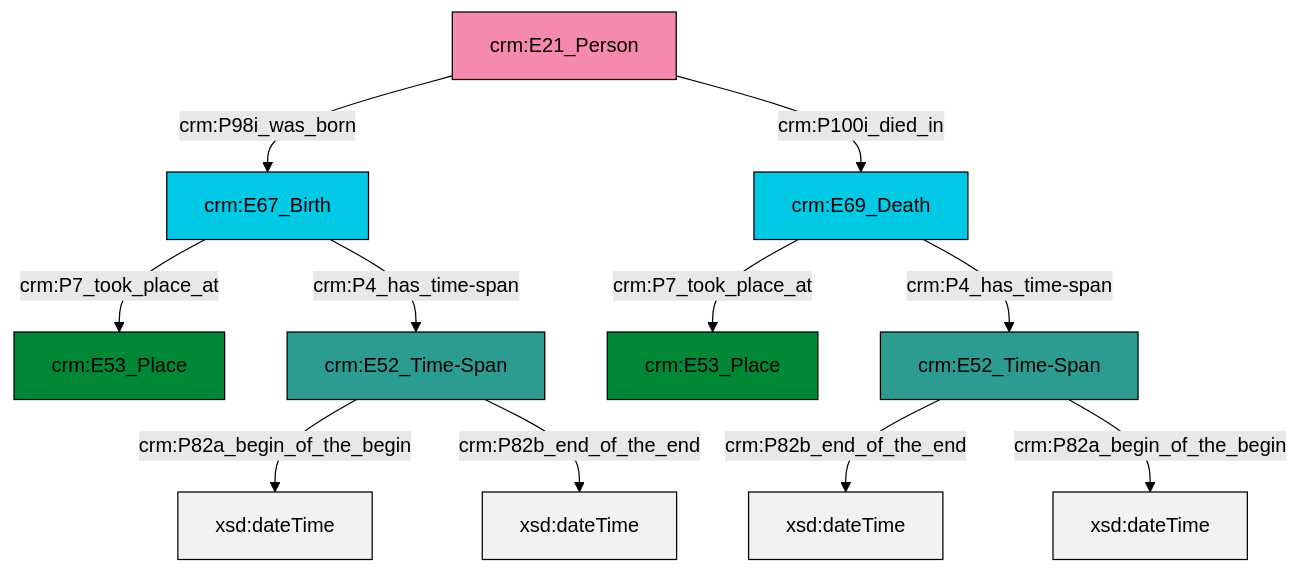
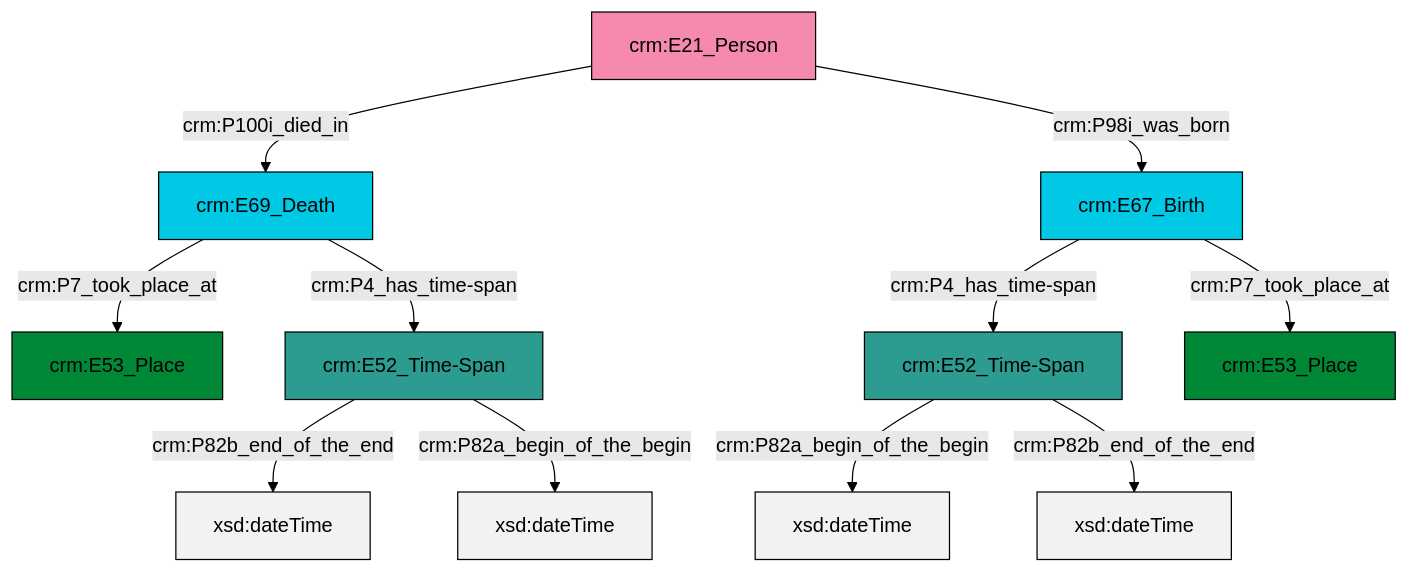
The diagram in et/personCSV/ttl/mmd/Person_Existence.ttl.mmd (swiss-art-research-net/reference-data-models), drawn with Mermaid (forest theme) before and after one commit. The commit also changed 124 other files, not shown here.

```diff
--- a/et/personCSV/ttl/mmd/Person_Existence.ttl.mmd
+++ b/et/personCSV/ttl/mmd/Person_Existence.ttl.mmd
@@ -1,25 +1,25 @@
 graph TD
 classDef Literal fill:#f2f2f2,stroke:#000000;
 classDef CRM_Entity fill:#FFFFFF,stroke:#000000;
 classDef Temporal_Entity fill:#00C9E6, stroke:#000000;
 classDef Type fill:#E18312, stroke:#000000;
 classDef Time-Span fill:#2C9C91, stroke:#000000;
 classDef Appellation fill:#FFEB7F, stroke:#000000;
 classDef Place fill:#008836, stroke:#000000;
 classDef Persistent_Item fill:#B266B2, stroke:#000000;
 classDef Conceptual_Object fill:#FFD700, stroke:#000000;
 classDef Physical_Thing fill:#D2B48C, stroke:#000000;
 classDef Actor fill:#f58aad, stroke:#000000;
 classDef PC_Classes fill:#4ce600, stroke:#000000;
 classDef Multi fill:#cccccc,stroke:#000000;
 
-0["crm:E69_Death"]:::Temporal_Entity -->|crm:P7_took_place_at| 1["crm:E53_Place"]:::Place
-2["crm:E21_Person"]:::Actor -->|crm:P98i_was_born| 3["crm:E67_Birth"]:::Temporal_Entity
-5["crm:E52_Time-Span"]:::Time-Span -->|crm:P82b_end_of_the_end| 6[xsd:dateTime]:::Literal
-5["crm:E52_Time-Span"]:::Time-Span -->|crm:P82a_begin_of_the_begin| 8[xsd:dateTime]:::Literal
-3["crm:E67_Birth"]:::Temporal_Entity -->|crm:P7_took_place_at| 9["crm:E53_Place"]:::Place
-3["crm:E67_Birth"]:::Temporal_Entity -->|crm:P4_has_time-span| 11["crm:E52_Time-Span"]:::Time-Span
-0["crm:E69_Death"]:::Temporal_Entity -->|crm:P4_has_time-span| 5["crm:E52_Time-Span"]:::Time-Span
-11["crm:E52_Time-Span"]:::Time-Span -->|crm:P82a_begin_of_the_begin| 13[xsd:dateTime]:::Literal
-11["crm:E52_Time-Span"]:::Time-Span -->|crm:P82b_end_of_the_end| 15[xsd:dateTime]:::Literal
-2["crm:E21_Person"]:::Actor -->|crm:P100i_died_in| 0["crm:E69_Death"]:::Temporal_Entity
+4["crm:E52_Time-Span"]:::Time-Span -->|crm:P82b_end_of_the_end| 5[xsd:dateTime]:::Literal
+0["crm:E69_Death"]:::Temporal_Entity -->|crm:P7_took_place_at| 2["crm:E53_Place"]:::Place
+6["crm:E52_Time-Span"]:::Time-Span -->|crm:P82a_begin_of_the_begin| 7[xsd:dateTime]:::Literal
+8["crm:E67_Birth"]:::Temporal_Entity -->|crm:P7_took_place_at| 9["crm:E53_Place"]:::Place
+4["crm:E52_Time-Span"]:::Time-Span -->|crm:P82a_begin_of_the_begin| 14[xsd:dateTime]:::Literal
+15["crm:E21_Person"]:::Actor -->|crm:P100i_died_in| 0["crm:E69_Death"]:::Temporal_Entity
+0["crm:E69_Death"]:::Temporal_Entity -->|crm:P4_has_time-span| 4["crm:E52_Time-Span"]:::Time-Span
+15["crm:E21_Person"]:::Actor -->|crm:P98i_was_born| 8["crm:E67_Birth"]:::Temporal_Entity
+6["crm:E52_Time-Span"]:::Time-Span -->|crm:P82b_end_of_the_end| 17[xsd:dateTime]:::Literal
+8["crm:E67_Birth"]:::Temporal_Entity -->|crm:P4_has_time-span| 6["crm:E52_Time-Span"]:::Time-Span
```
